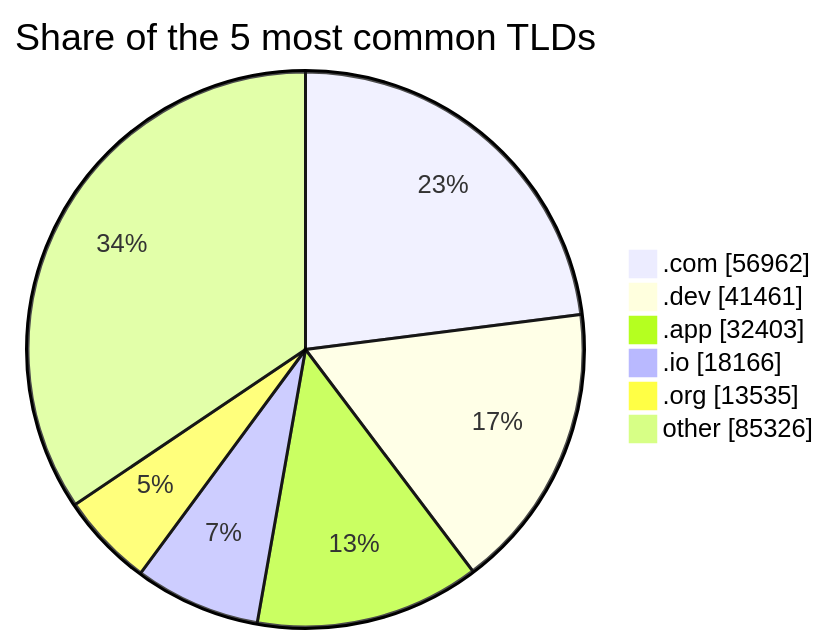
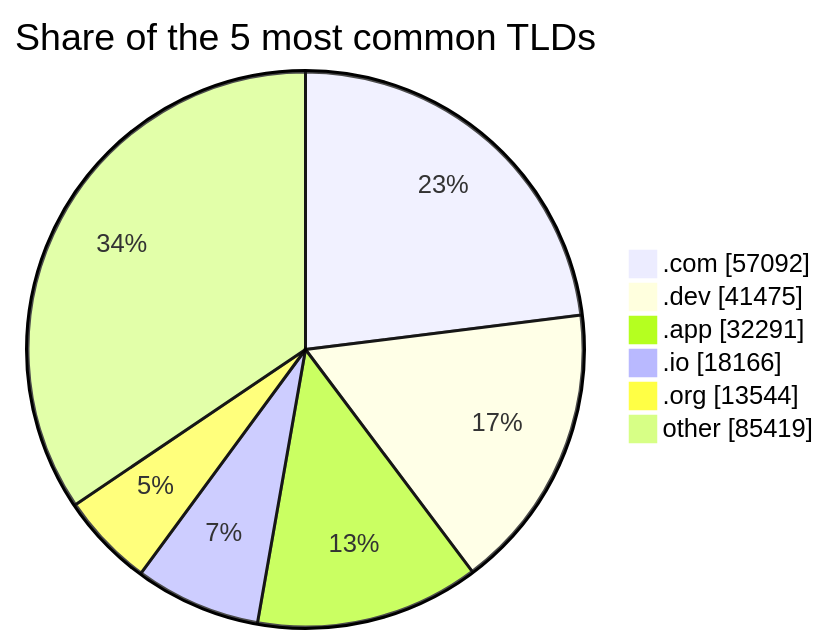
Before and after one commit to DNSBunker/CTI: the second of 2 diagrams in README.md, drawn with Mermaid. The commit also changed other lines of this file and 3 other files, not shown here.

````diff
--- a/README.md
+++ b/README.md
@@ -72,9 +72,9 @@
 ```mermaid
 pie showData title Share of the 5 most common TLDs
-    ".com" : 56962
-    ".dev" : 41461
-    ".app" : 32403
+    ".com" : 57092
+    ".dev" : 41475
+    ".app" : 32291
     ".io" : 18166
-    ".org" : 13535
-    "other" : 85326
+    ".org" : 13544
+    "other" : 85419
 ```
````
